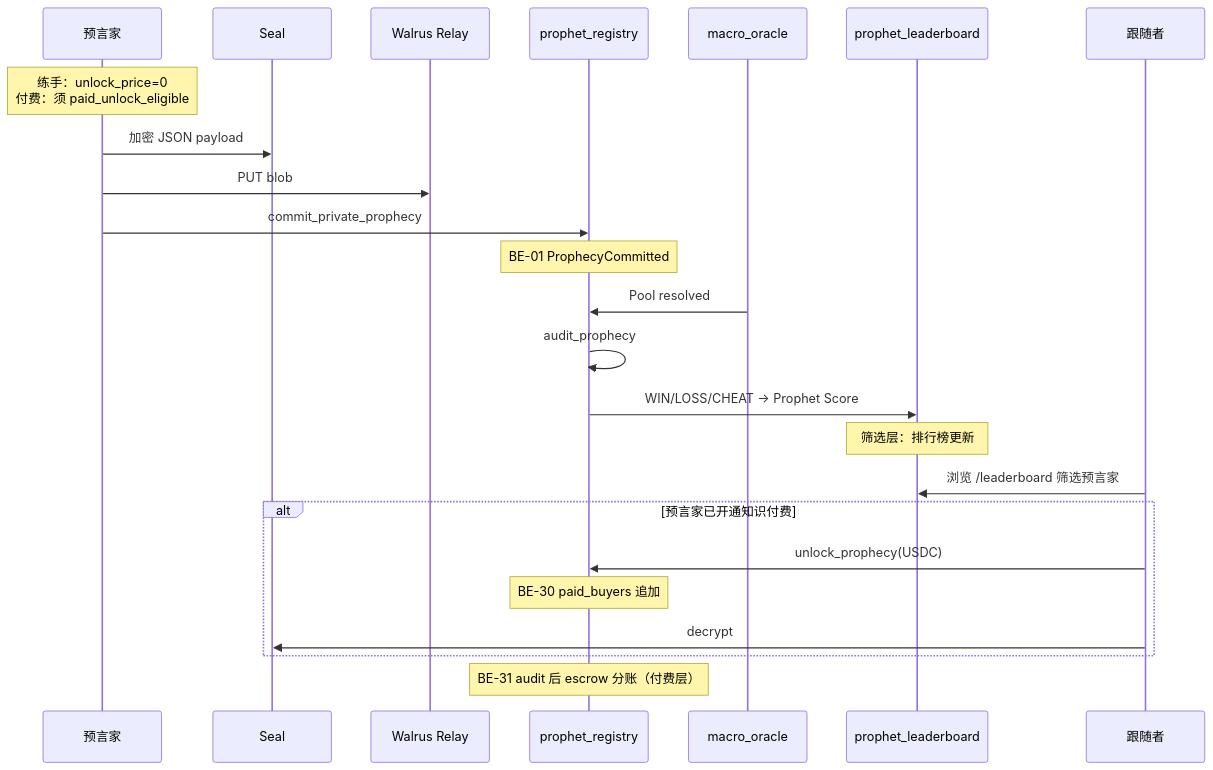
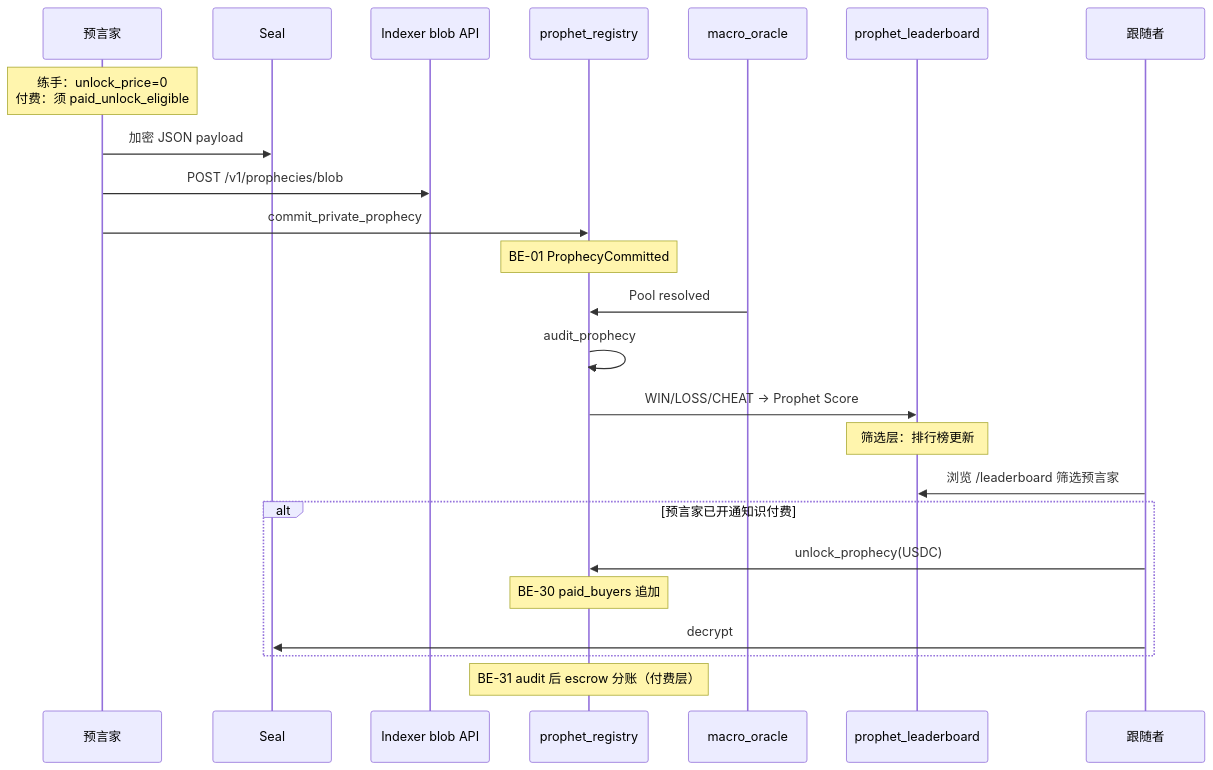
Before and after one commit to bamaao/x-market: the seventh of 8 diagrams in docs/business-spec.md, drawn with Mermaid. The commit also changed other lines of this file and 44 other files, not shown here.

First line of the commit message:
feat(prophet): persist blobs on Indexer/IPFS instead of Walrus

````diff
--- a/docs/business-spec.md
+++ b/docs/business-spec.md
@@ -806,27 +806,27 @@
 ```mermaid
 sequenceDiagram
     participant Prophet as 预言家
     participant Seal as Seal
-    participant Walrus as Walrus Relay
+    participant Indexer as Indexer blob API
     participant Chain as prophet_registry
     participant Oracle as macro_oracle
     participant Stats as prophet_leaderboard
     participant Follower as 跟随者
 
     Note over Prophet: 练手：unlock_price=0<br/>付费：须 paid_unlock_eligible
     Prophet->>Seal: 加密 JSON payload
-    Prophet->>Walrus: PUT blob
+    Prophet->>Indexer: POST /v1/prophecies/blob
     Prophet->>Chain: commit_private_prophecy
     Note over Chain: BE-01 ProphecyCommitted
     Oracle->>Chain: Pool resolved
     Chain->>Chain: audit_prophecy
     Chain->>Stats: WIN/LOSS/CHEAT → Prophet Score
     Note over Stats: 筛选层：排行榜更新
     Follower->>Stats: 浏览 /leaderboard 筛选预言家
     alt 预言家已开通知识付费
         Follower->>Chain: unlock_prophecy(USDC)
         Note over Chain: BE-30 paid_buyers 追加
         Follower->>Seal: decrypt
     end
     Note over Chain: BE-31 audit 后 escrow 分账（付费层）
 ```
````
